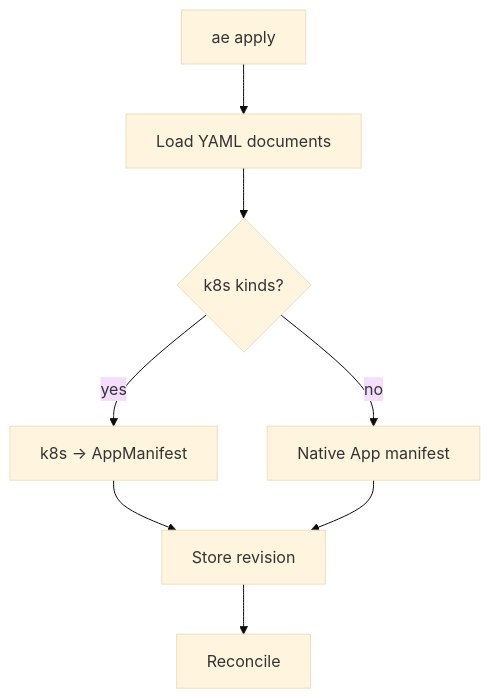
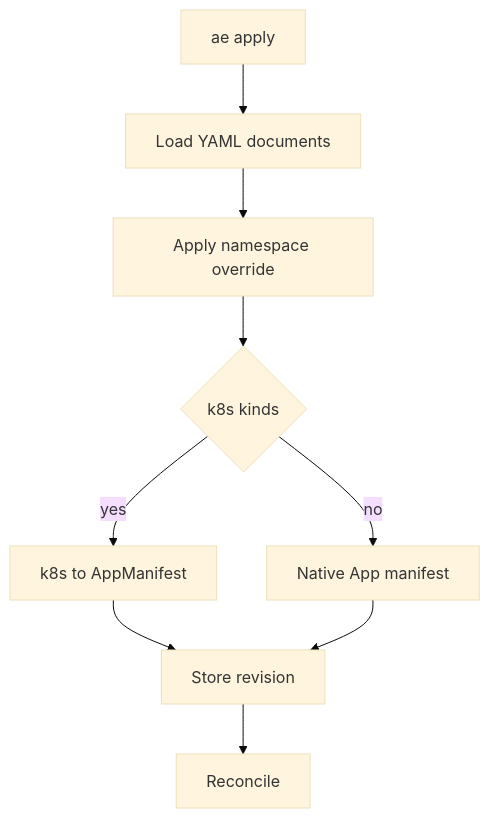
One commit to the-cm-collective/k1s changed the second of 4 diagrams in docs/concepts-in-practice/02-declarative-apply.md. Above: the diagram before and after it, drawn with Mermaid (base theme). The commit also changed other lines of this file and 116 other files, not shown here.

````diff
--- a/docs/concepts-in-practice/02-declarative-apply.md
+++ b/docs/concepts-in-practice/02-declarative-apply.md
@@ -20,10 +20,11 @@
 ```mermaid
 flowchart TB
-  Apply[ae apply] --> Load[Load YAML documents]
-  Load --> Detect{k8s kinds?}
-  Detect -- yes --> Convert[k8s -> AppManifest]
-  Detect -- no --> Native[Native App manifest]
-  Convert --> Store[Store revision]
+  Apply["ae apply"] --> Load["Load YAML documents"]
+  Load --> Namespace["Apply namespace override"]
+  Namespace --> Detect{"k8s kinds"}
+  Detect -- yes --> Convert["k8s to AppManifest"]
+  Detect -- no --> Native["Native App manifest"]
+  Convert --> Store["Store revision"]
   Native --> Store
-  Store --> Reconcile[Reconcile]
+  Store --> Reconcile["Reconcile"]
 ```
````
